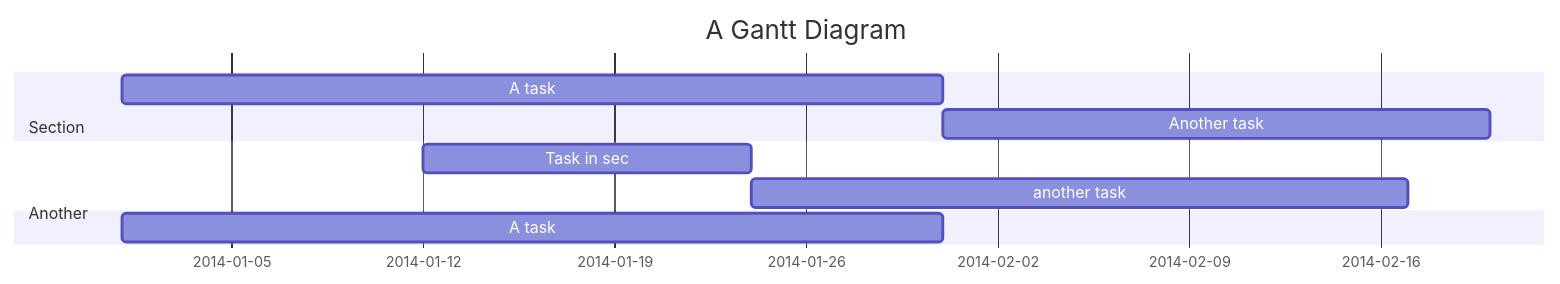
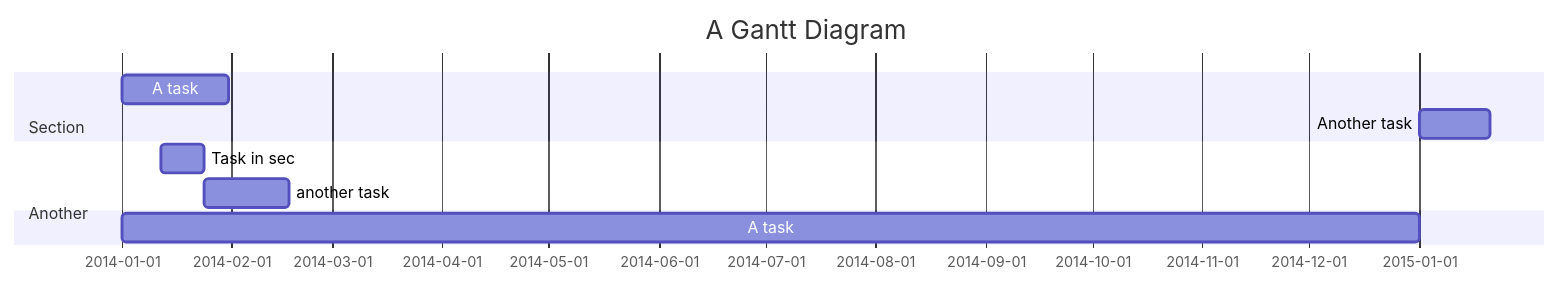
Before and after one commit to z9wen/iodraw-files: the diagram in all/Code Gantt Chart.md, drawn with Mermaid.

Commit message:
2024-03-29 10:56:46 update

````diff
--- a/all/Code Gantt Chart.md
+++ b/all/Code Gantt Chart.md
@@ -1,13 +1,13 @@
 ```mermaid
 gantt
     title A Gantt Diagram
     dateFormat  YYYY-MM-DD
     section Section
     A task           :a1, 2014-01-01, 30d
     Another task     :after a1  , 20d
     section Another
     Task in sec      :2014-01-12  , 12d
     another task      : 24d
-        section Section
-    A task           :a1, 2014-01-01, 30d
+    section Section
+    A task           :a1, 2014-01-01, 365d
 ```
````
